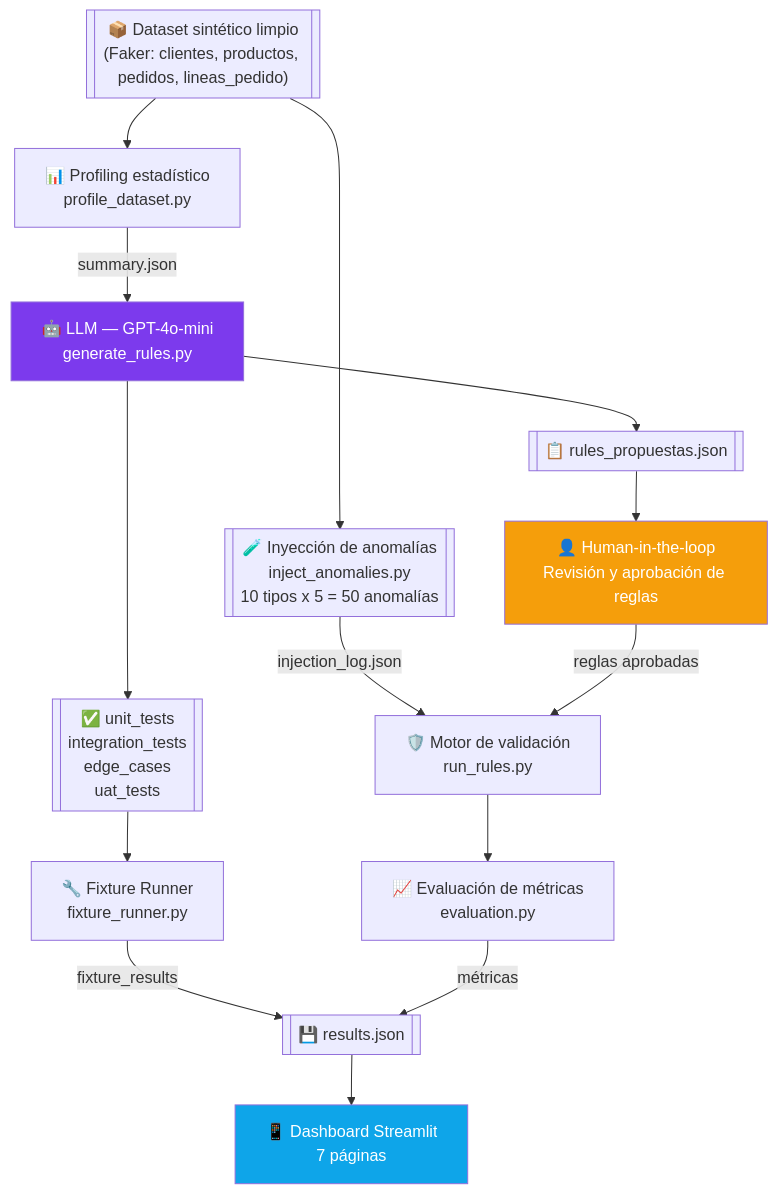
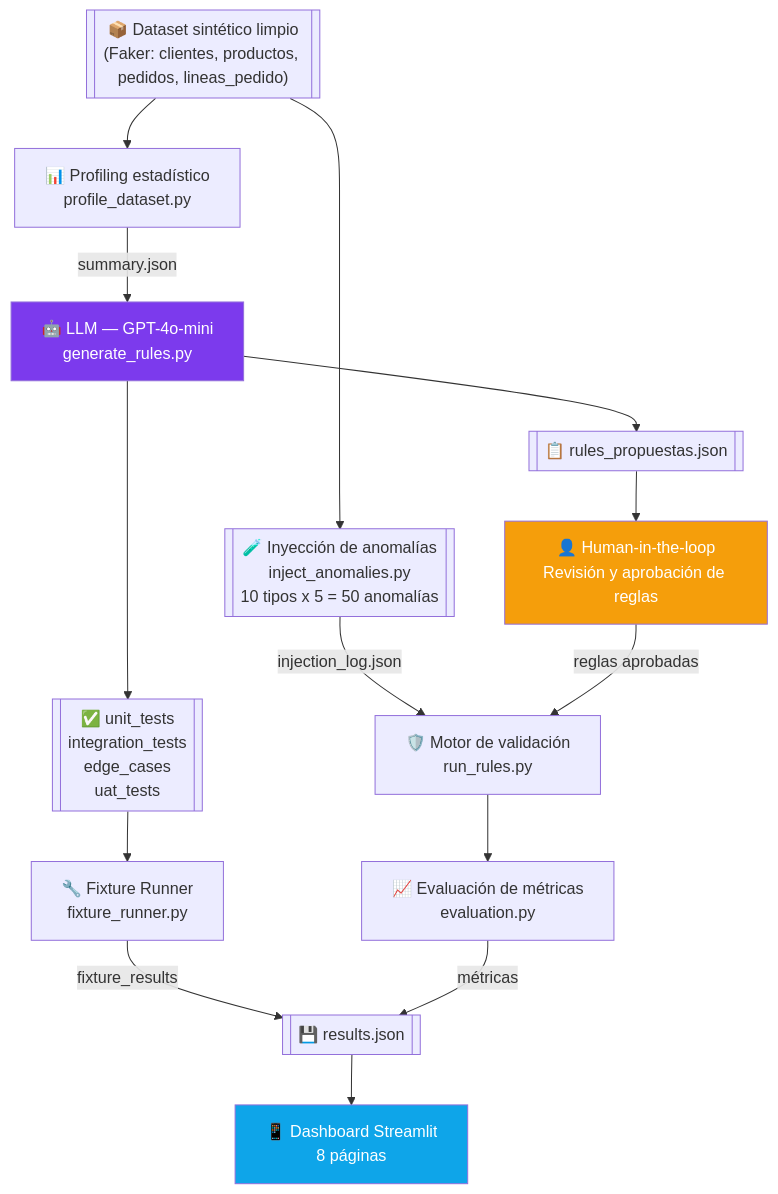
Before and after one commit to pablotp02/atmira-hackathon-dataquality: the first of 3 diagrams in README.md, drawn with Mermaid. The commit also changed other lines of this file, not shown here.

First line of the commit message:
docs: update README with stability analysis and 8th dashboard page

````diff
--- a/README.md
+++ b/README.md
@@ -39,33 +39,33 @@
 ```mermaid
 flowchart TD
     A[["📦 Dataset sintético limpio<br/>(Faker: clientes, productos, pedidos, lineas_pedido)"]]
     B["📊 Profiling estadístico<br/>profile_dataset.py"]
     C[["🧪 Inyección de anomalías<br/>inject_anomalies.py<br/>10 tipos x 5 = 50 anomalías"]]
     D["🤖 LLM — GPT-4o-mini<br/>generate_rules.py"]
     E[["📋 rules_propuestas.json"]]
     F["👤 Human-in-the-loop<br/>Revisión y aprobación de reglas"]
     G[["✅ unit_tests<br/>integration_tests<br/>edge_cases<br/>uat_tests"]]
     H["🔧 Fixture Runner<br/>fixture_runner.py"]
     I["🛡️ Motor de validación<br/>run_rules.py"]
     J["📈 Evaluación de métricas<br/>evaluation.py"]
     K[["💾 results.json"]]
-    L["📱 Dashboard Streamlit<br/>7 páginas"]
+    L["📱 Dashboard Streamlit<br/>8 páginas"]
 
     A --> B
     A --> C
     B -->|summary.json| D
     C -->|injection_log.json| I
     D --> E
     D --> G
     E --> F
     F -->|reglas aprobadas| I
     G --> H
     H -->|fixture_results| K
     I --> J
     J -->|métricas| K
     K --> L
 
     style D fill:#7c3aed,color:#fff
     style F fill:#f59e0b,color:#fff
     style L fill:#0ea5e9,color:#fff
 ```
````
